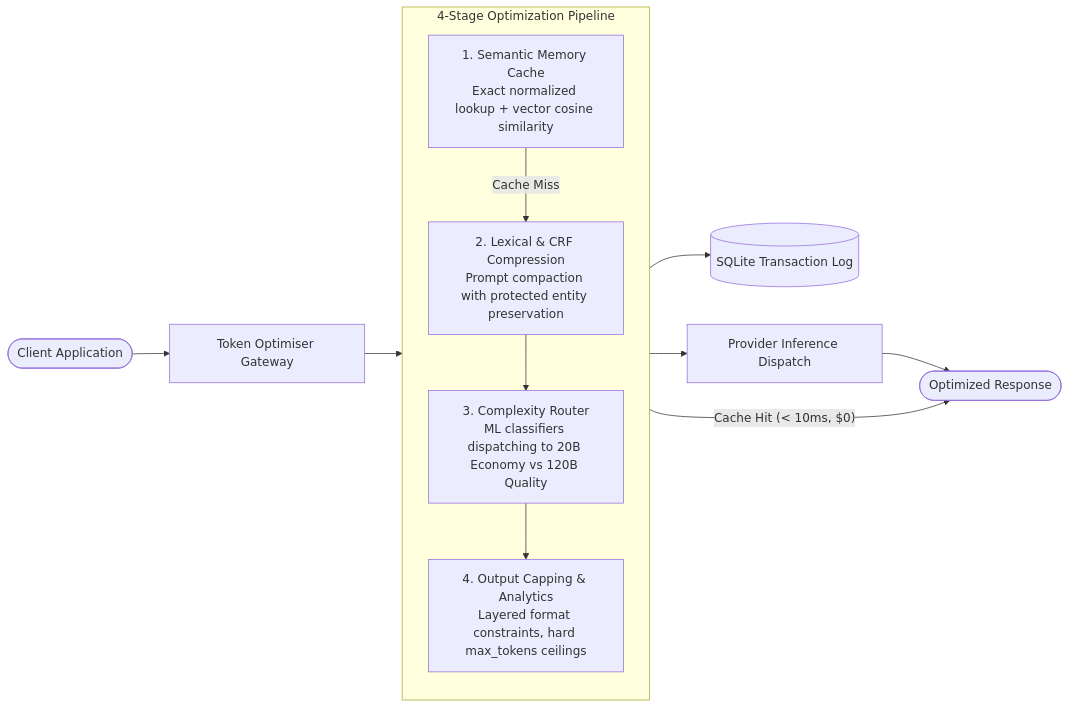
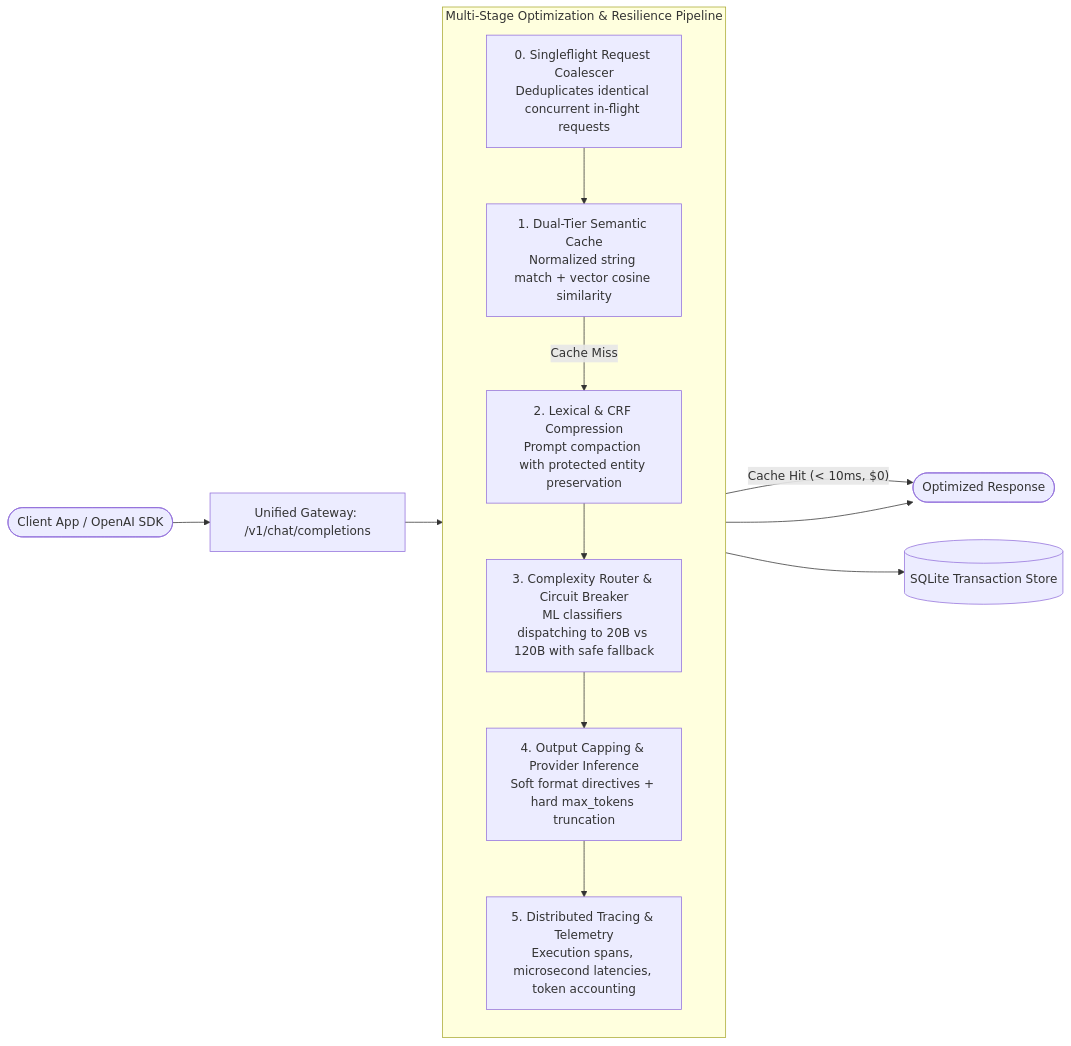
The diagram in README.md (AmanKashyapp07/Token-Optimiser), drawn with Mermaid before and after one commit. The commit also changed other lines of this file, not shown here.

Commit message:
docs: update README with OpenAI /v1 API, singleflight coalescing, measured throughput/p95 latency, and execution trace dashboard

````diff
--- a/README.md
+++ b/README.md
@@ -57,19 +58,20 @@
 ```mermaid
 flowchart LR
-    Client([Client Application]) --> Gateway[Token Optimiser Gateway]
+    Client([Client App / OpenAI SDK]) --> Gateway[Unified Gateway: /v1/chat/completions]
 
-    subgraph Pipeline["4-Stage Optimization Pipeline"]
+    subgraph Pipeline["Multi-Stage Optimization & Resilience Pipeline"]
         direction TB
-        S1["1. Semantic Memory Cache<br/>Exact normalized lookup + vector cosine similarity"]
+        S0["0. Singleflight Request Coalescer<br/>Deduplicates identical concurrent in-flight requests"]
+        S1["1. Dual-Tier Semantic Cache<br/>Normalized string match + vector cosine similarity"]
         S2["2. Lexical & CRF Compression<br/>Prompt compaction with protected entity preservation"]
-        S3["3. Complexity Router<br/>ML classifiers dispatching to 20B Economy vs 120B Quality"]
-        S4["4. Output Capping & Analytics<br/>Layered format constraints, hard max_tokens ceilings"]
-        S1 -- "Cache Miss" --> S2 --> S3 --> S4
+        S3["3. Complexity Router & Circuit Breaker<br/>ML classifiers dispatching to 20B vs 120B with safe fallback"]
+        S4["4. Output Capping & Provider Inference<br/>Soft format directives + hard max_tokens truncation"]
+        S5["5. Distributed Tracing & Telemetry<br/>Execution spans, microsecond latencies, token accounting"]
+        S0 --> S1 -- "Cache Miss" --> S2 --> S3 --> S4 --> S5
     end
 
-    Gateway --> S1
+    Gateway --> S0
     S1 -- "Cache Hit (< 10ms, $0)" --> Out([Optimized Response])
-    S4 --> Store[(SQLite Transaction Log)]
-    S4 --> Dispatch[Provider Inference Dispatch]
-    Dispatch --> Out
+    S5 --> Store[(SQLite Transaction Store)]
+    S5 --> Out
 ```
````
